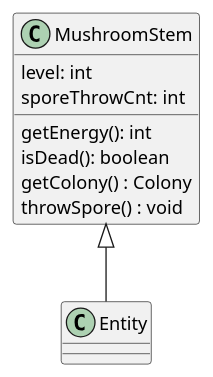
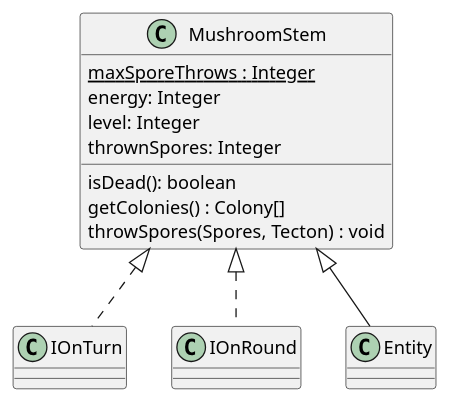
Before and after one commit to Petya-G/fungorium: the diagram in 3/classes/mushroomStem.puml, drawn with PlantUML. The commit also changed 4 other files, not shown here.

```diff
--- a/3/classes/mushroomStem.puml
+++ b/3/classes/mushroomStem.puml
@@ -1,12 +1,15 @@
 @startuml mushroomStem
 
+MushroomStem <|.. IOnTurn
+MushroomStem <|.. IOnRound
 MushroomStem <|-- Entity
 class MushroomStem{
-    level: int
-    sporeThrowCnt: int
-    getEnergy(): int
+    {static} maxSporeThrows : Integer
+    energy: Integer
+    level: Integer
+    thrownSpores: Integer
     isDead(): boolean
-    getColony() : Colony
-    throwSpore() : void
+    getColonies() : Colony[]
+    throwSpores(Spores, Tecton) : void
 }
 @enduml
```
